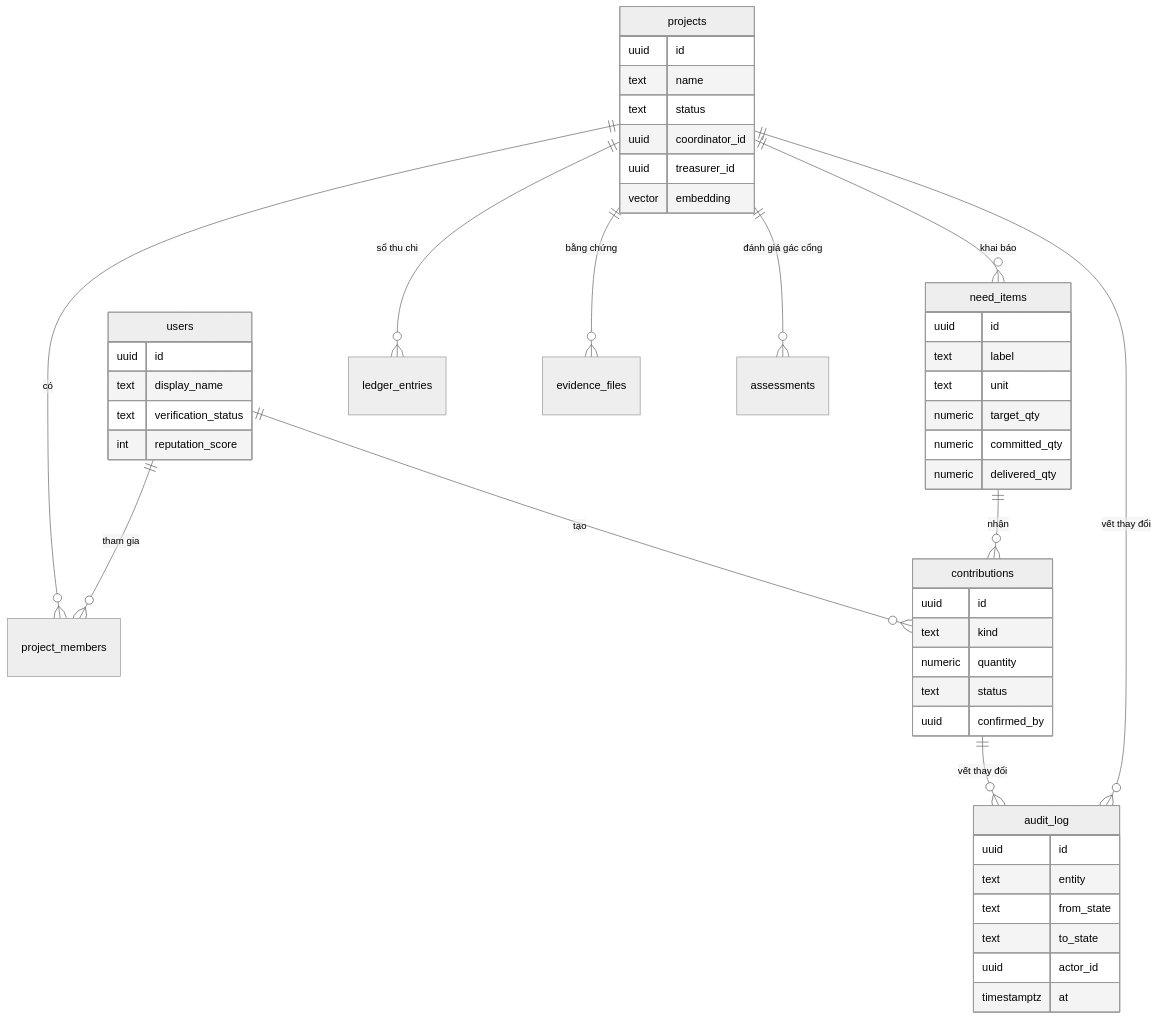
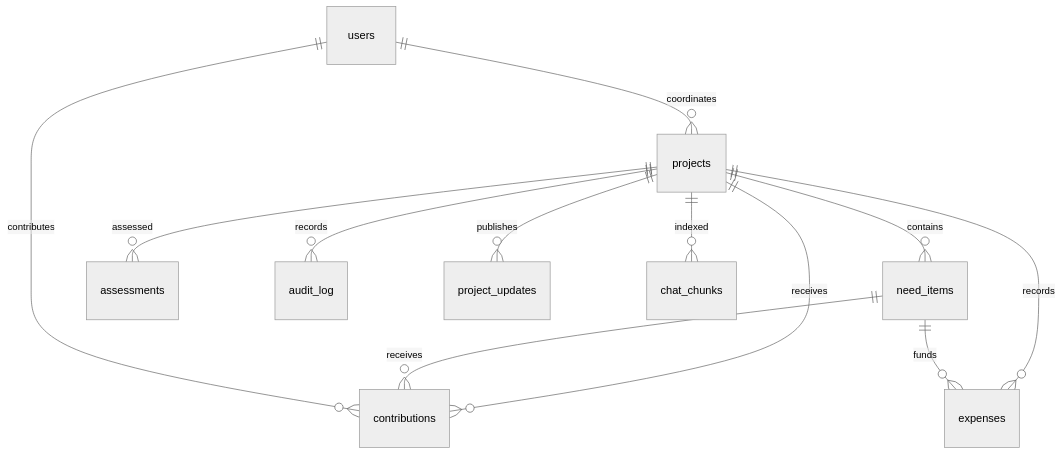
The third of 3 diagrams in docs/architecture.md (Ntpminzu/GomNang), drawn with Mermaid (neutral theme) before and after one commit. The commit also changed other lines of this file and 24 other files, not shown here.

````diff
--- a/docs/architecture.md
+++ b/docs/architecture.md
@@ -97,51 +96,14 @@
 ```mermaid
 erDiagram
-    users ||--o{ project_members : "tham gia"
-    projects ||--o{ project_members : "có"
-    projects ||--o{ need_items : "khai báo"
-    need_items ||--o{ contributions : "nhận"
-    users ||--o{ contributions : "tạo"
-    projects ||--o{ ledger_entries : "sổ thu chi"
-    projects ||--o{ evidence_files : "bằng chứng"
-    projects ||--o{ assessments : "đánh giá gác cổng"
-    projects ||--o{ audit_log : "vết thay đổi"
-    contributions ||--o{ audit_log : "vết thay đổi"
-
-    users {
-        uuid id
-        text display_name
-        text verification_status
-        int reputation_score
-    }
-    projects {
-        uuid id
-        text name
-        text status
-        uuid coordinator_id
-        uuid treasurer_id
-        vector embedding
-    }
-    need_items {
-        uuid id
-        text label
-        text unit
-        numeric target_qty
-        numeric committed_qty
-        numeric delivered_qty
-    }
-    contributions {
-        uuid id
-        text kind
-        numeric quantity
-        text status
-        uuid confirmed_by
-    }
-    audit_log {
-        uuid id
-        text entity
-        text from_state
-        text to_state
-        uuid actor_id
-        timestamptz at
-    }
+    users ||--o{ projects : coordinates
+    projects ||--o{ need_items : contains
+    projects ||--o{ contributions : receives
+    need_items ||--o{ contributions : receives
+    users ||--o{ contributions : contributes
+    projects ||--o{ assessments : assessed
+    projects ||--o{ audit_log : records
+    projects ||--o{ project_updates : publishes
+    projects ||--o{ expenses : records
+    need_items ||--o{ expenses : funds
+    projects ||--o{ chat_chunks : indexed
 ```
````
